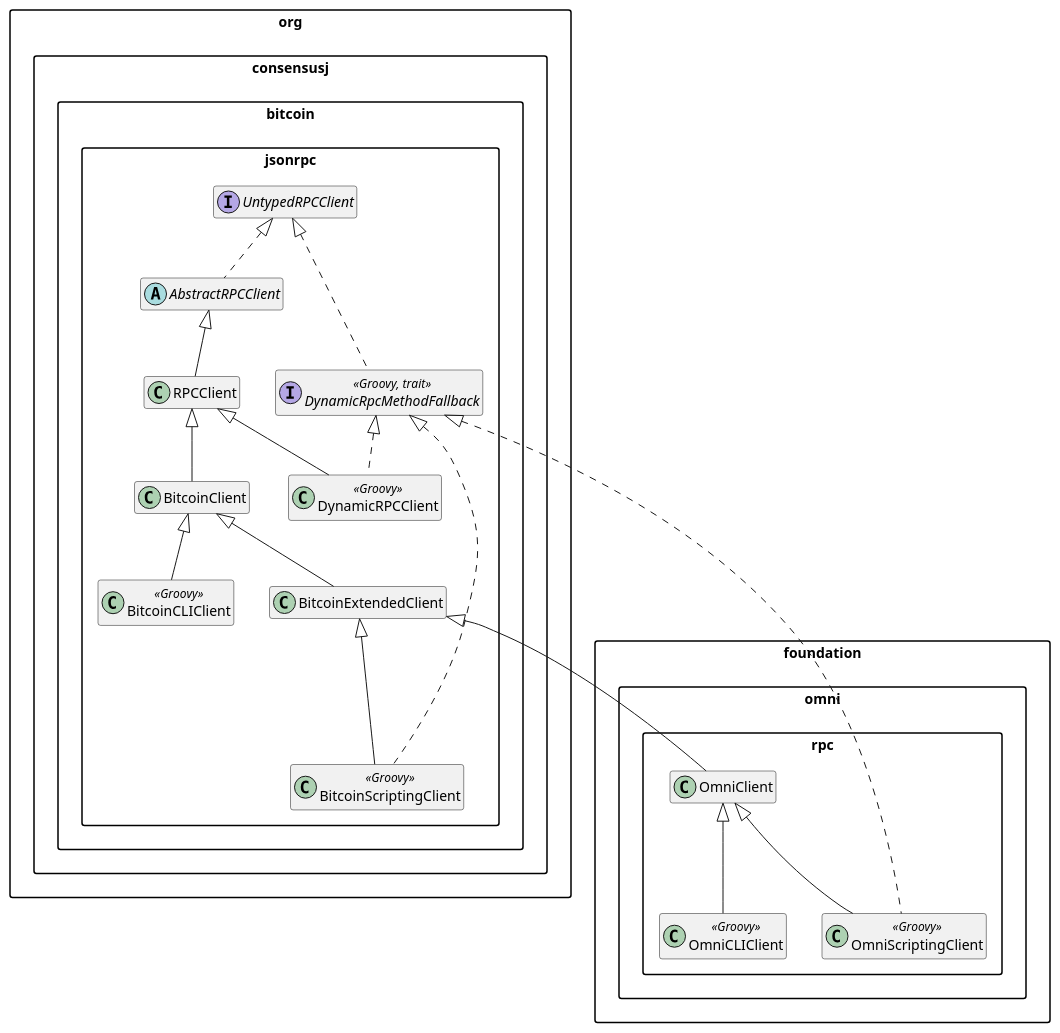
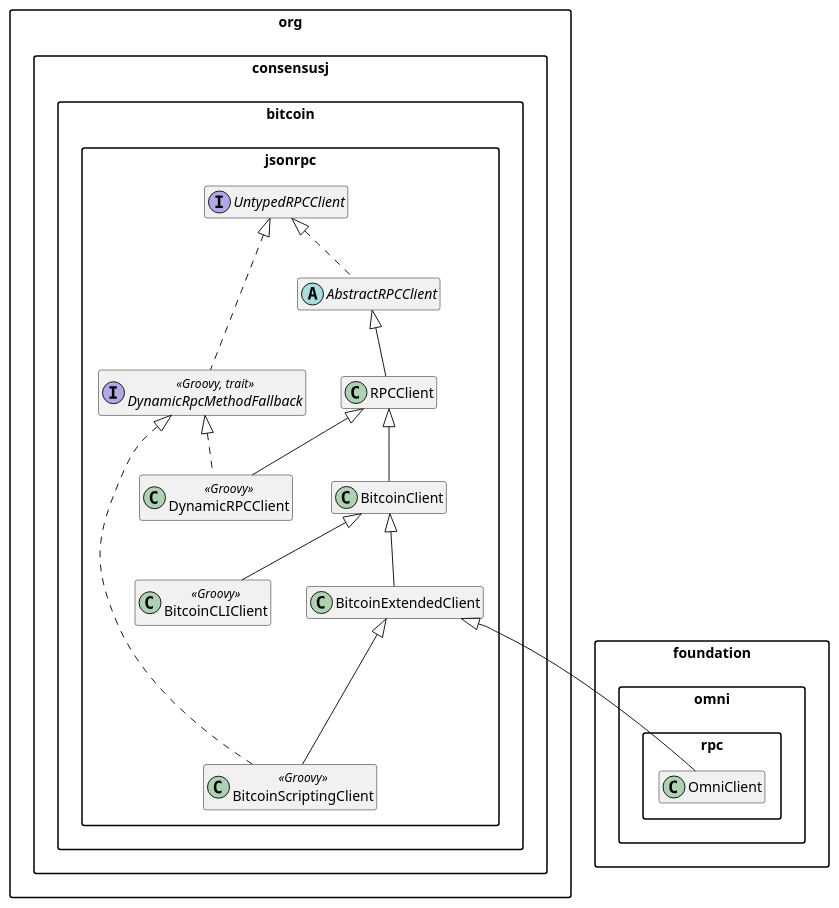
One commit to OmniLayer/OmniJ changed the diagram in doc/omnij-devguide.adoc. Above: the diagram before and after it, drawn with PlantUML. The commit also changed 3 other files, not shown here.

First line of the commit message:
Deprecate OmniCLIClient and OmniScriptingClient

```diff
--- a/doc/omnij-devguide.adoc
+++ b/doc/omnij-devguide.adoc
@@ -18,48 +18,42 @@
 [plantuml, diagram-classes, svg]
 ....
 skinparam packageStyle Rect
 skinparam shadowing false
 hide empty members
 
 namespace org.consensusj.bitcoin.jsonrpc {
     interface UntypedRPCClient
     abstract class AbstractRPCClient
 
     class RPCClient
     class BitcoinClient
     class BitcoinExtendedClient
 
     interface DynamicRpcMethodFallback << Groovy, trait >>
     class DynamicRPCClient << Groovy >>
     class BitcoinScriptingClient << Groovy >>
     class BitcoinCLIClient << Groovy >>
 
     UntypedRPCClient <|.. AbstractRPCClient
     AbstractRPCClient <|-- RPCClient
 
     UntypedRPCClient <|.. DynamicRpcMethodFallback
     RPCClient <|-- DynamicRPCClient
     DynamicRpcMethodFallback <|.. DynamicRPCClient
 
     RPCClient <|-- BitcoinClient
     BitcoinClient <|-- BitcoinExtendedClient
     BitcoinExtendedClient <|-- BitcoinScriptingClient
     DynamicRpcMethodFallback <|.. BitcoinScriptingClient
     BitcoinClient <|-- BitcoinCLIClient
 }
 
 
 namespace foundation.omni.rpc {
     class OmniClient
-    class OmniScriptingClient << Groovy >>
-    class OmniCLIClient << Groovy >>
-
 
     org.consensusj.bitcoin.jsonrpc.BitcoinExtendedClient <|-- OmniClient
-    OmniClient <|-- OmniScriptingClient
-    org.consensusj.bitcoin.jsonrpc.DynamicRpcMethodFallback <|.. OmniScriptingClient
-    OmniClient <|-- OmniCLIClient
 }
 
 
 ....
```
